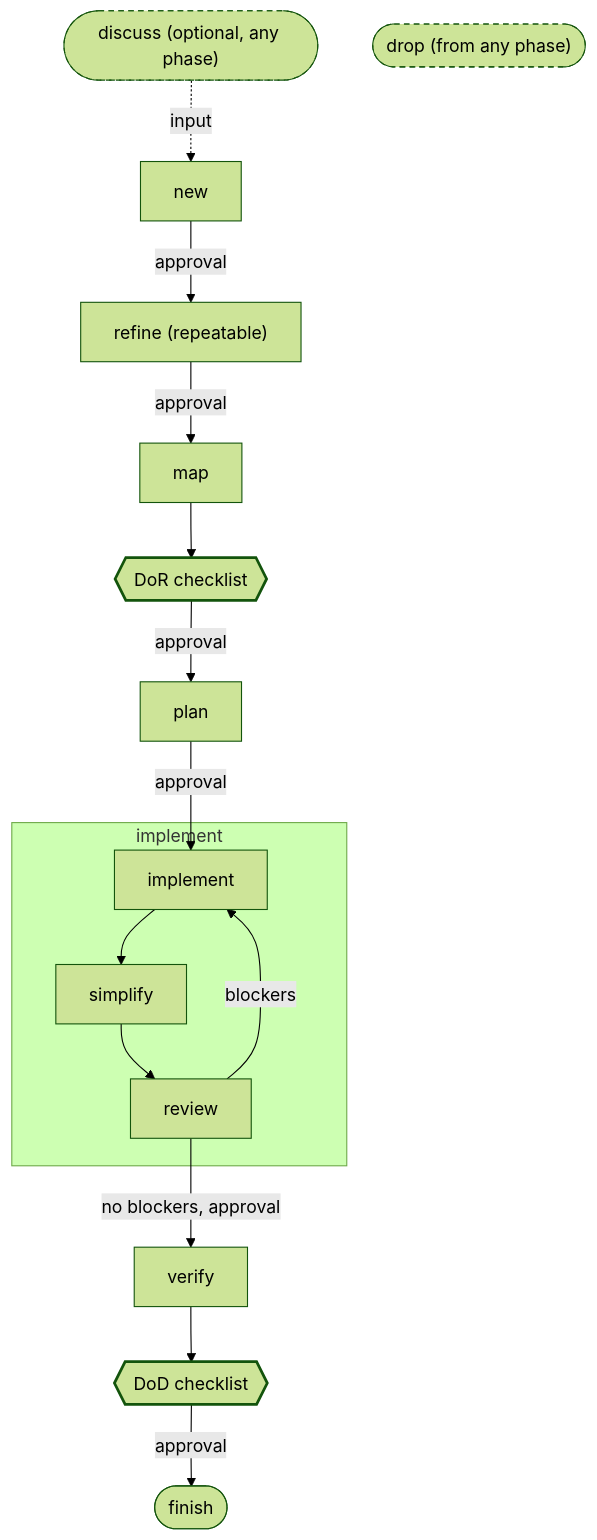
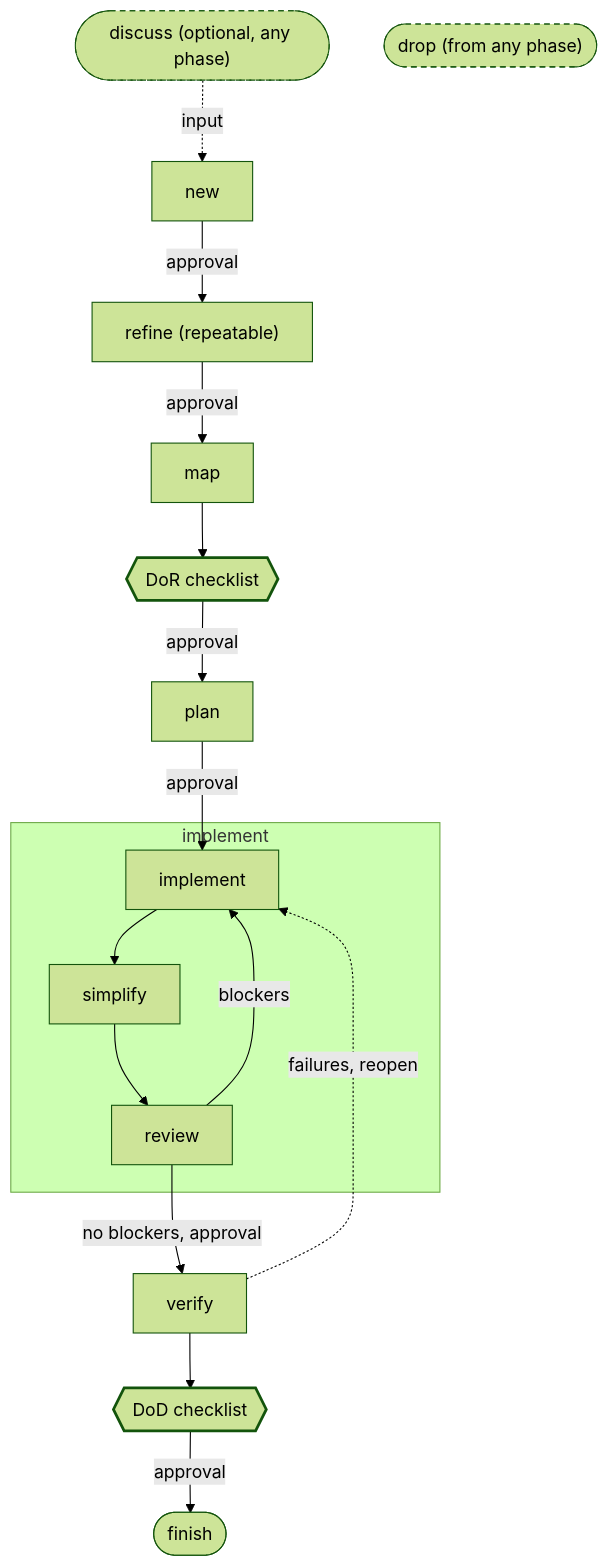
One commit to CreativeCodersTeam/shade-kit changed the first of 4 diagrams in research/shade-kit-concept.md. Above: the diagram before and after it, drawn with Mermaid (forest theme). The commit also changed other lines of this file and 38 other files, not shown here.

````diff
--- a/research/shade-kit-concept.md
+++ b/research/shade-kit-concept.md
@@ -386,34 +384,35 @@
 ```mermaid
 flowchart TB
     discuss(["discuss (optional, any phase)"])
     drop(["drop (from any phase)"])
     new["new"]
     refine["refine (repeatable)"]
     map["map"]
     dor{{"DoR checklist"}}
     plan["plan"]
 
     subgraph implement_loop["implement"]
         impl["implement"] --> simplify["simplify"] --> review["review"]
         review -- "blockers" --> impl
     end
 
     verify["verify"]
     dod{{"DoD checklist"}}
     finish(["finish"])
 
     discuss -. "input" .-> new
     new -- "approval" --> refine
     refine -- "approval" --> map
     map --> dor
     dor -- "approval" --> plan
     plan -- "approval" --> impl
     review -- "no blockers, approval" --> verify
     verify --> dod
     dod -- "approval" --> finish
+    verify -. "failures, reopen" .-> impl
 
     classDef checklist stroke-width:2.5px
     classDef side stroke-dasharray:5 4
     class dor,dod checklist
     class discuss,drop side
 ```
````
